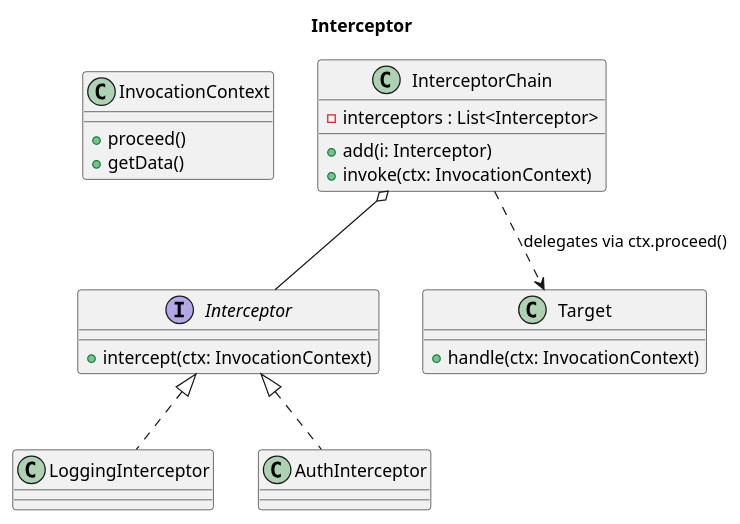
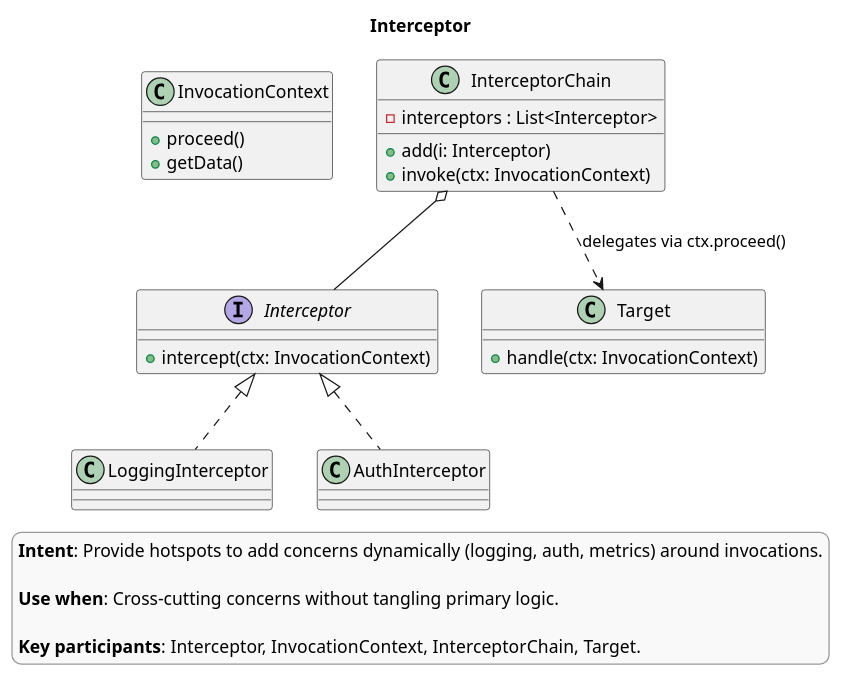
One commit to AkselErenberk/design-patterns changed the diagram in theory/behavioral/interceptor/class.puml. Above: the diagram before and after it, drawn with PlantUML. The commit also changed 26 other files, not shown here.

Commit message:
design pattern class diagrams

```diff
--- a/theory/behavioral/interceptor/class.puml
+++ b/theory/behavioral/interceptor/class.puml
@@ -1,30 +1,41 @@
 @startuml
 title Interceptor
+
+skinparam legendBackgroundColor #f9f9f9
+skinparam legendBorderColor #999999
+
+legend right
+**Intent**: Provide hotspots to add concerns dynamically (logging, auth, metrics) around invocations.
+
+**Use when**: Cross-cutting concerns without tangling primary logic.
+
+**Key participants**: Interceptor, InvocationContext, InterceptorChain, Target.
+endlegend
 
 class InvocationContext {
   +proceed()
   +getData()
 }
 
 interface Interceptor {
   +intercept(ctx: InvocationContext)
 }
 
 class LoggingInterceptor
 class AuthInterceptor
 
 class InterceptorChain {
   -interceptors : List<Interceptor>
   +add(i: Interceptor)
   +invoke(ctx: InvocationContext)
 }
 
 class Target {
   +handle(ctx: InvocationContext)
 }
 
 Interceptor <|.. LoggingInterceptor
 Interceptor <|.. AuthInterceptor
 InterceptorChain o-- Interceptor
 InterceptorChain ..> Target : delegates via ctx.proceed()
 @enduml
```
